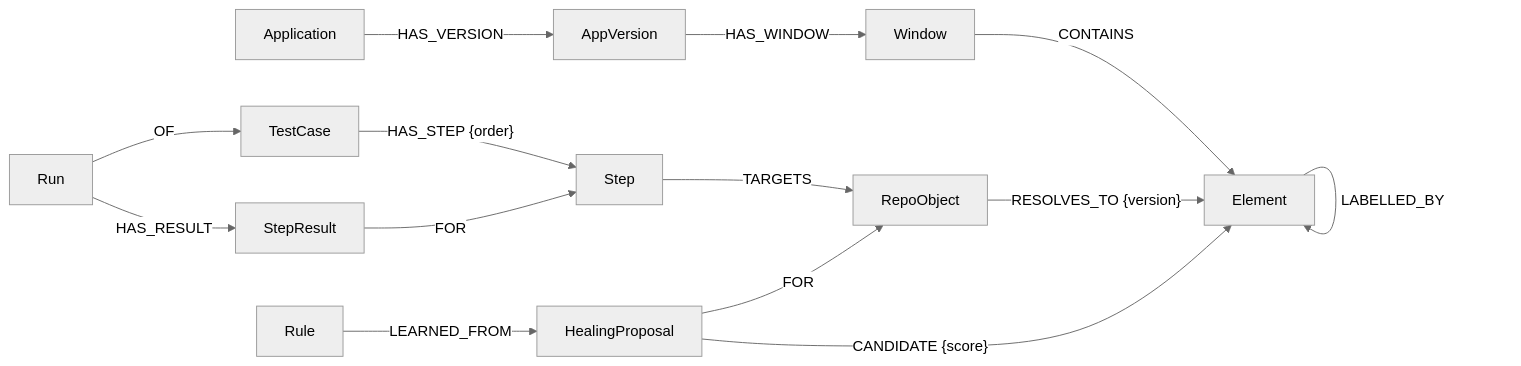
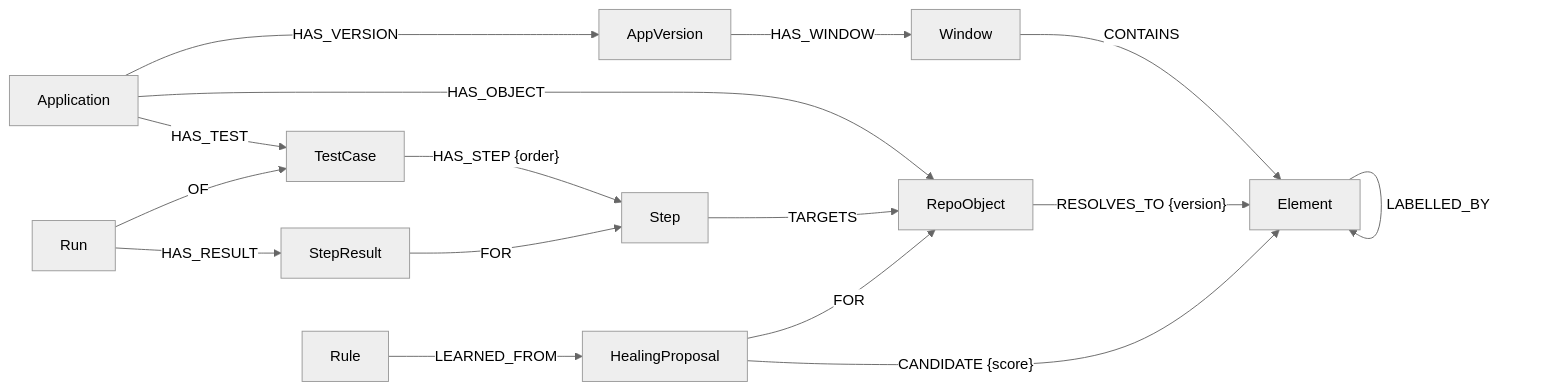
The diagram in docs/graph-model.md (galipdg/AYNA), drawn with Mermaid (neutral theme) before and after one commit. The commit also changed other lines of this file and 19 other files, not shown here.

First line of the commit message:
feat(server): tests and steps API with step schema validation (#39)

````diff
--- a/docs/graph-model.md
+++ b/docs/graph-model.md
@@ -11,17 +12,19 @@
 ```mermaid
 graph LR
   Application -- HAS_VERSION --> AppVersion
+  Application -- HAS_TEST --> TestCase
+  Application -- HAS_OBJECT --> RepoObject
   AppVersion -- HAS_WINDOW --> Window
   Window -- CONTAINS --> Element
   Element -- CONTAINS --> Element
   Element -- LABELLED_BY --> Element
   RepoObject -- "RESOLVES_TO {version}" --> Element
   TestCase -- "HAS_STEP {order}" --> Step
   Step -- TARGETS --> RepoObject
   Run -- OF --> TestCase
   Run -- HAS_RESULT --> StepResult
   StepResult -- FOR --> Step
   HealingProposal -- FOR --> RepoObject
   HealingProposal -- "CANDIDATE {score}" --> Element
   Rule -- LEARNED_FROM --> HealingProposal
 ```
````
